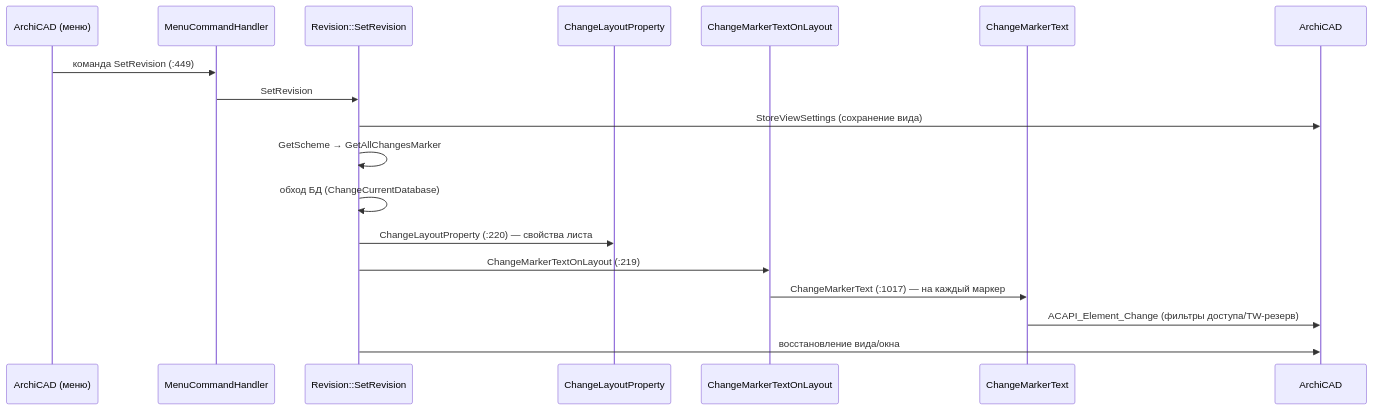
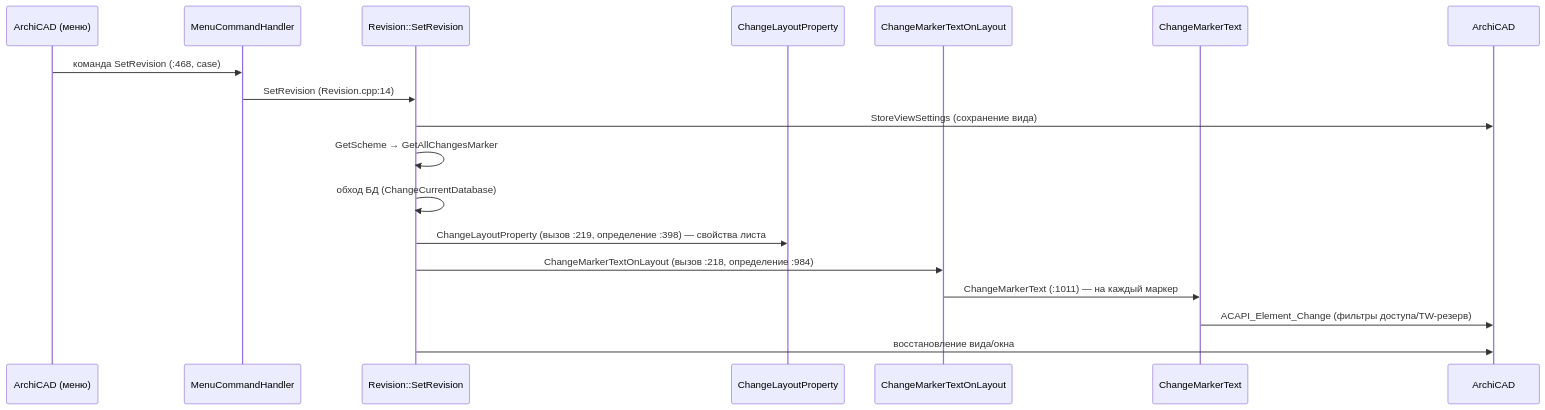
One commit to kuvbur/AddOn_SomeStuff changed the eighth of 11 diagrams in Docs/SEQUENCES.md. Above: the diagram before and after it, drawn with Mermaid. The commit also changed other lines of this file and 122 other files, not shown here.

````diff
--- a/Docs/SEQUENCES.md
+++ b/Docs/SEQUENCES.md
@@ -174,21 +178,21 @@
 ```mermaid
 sequenceDiagram
     participant UI as ArchiCAD (меню)
     participant Main as MenuCommandHandler
     participant SR as Revision::SetRevision
     participant CLP as ChangeLayoutProperty
     participant CMT as ChangeMarkerTextOnLayout
     participant CMT1 as ChangeMarkerText
     participant AC as ArchiCAD
 
-    UI->>Main: команда SetRevision (:449)
-    Main->>SR: SetRevision
+    UI->>Main: команда SetRevision (:468, case)
+    Main->>SR: SetRevision (Revision.cpp:14)
     SR->>AC: StoreViewSettings (сохранение вида)
     SR->>SR: GetScheme → GetAllChangesMarker
     SR->>SR: обход БД (ChangeCurrentDatabase)
-    SR->>CLP: ChangeLayoutProperty (:220) — свойства листа
-    SR->>CMT: ChangeMarkerTextOnLayout (:219)
-    CMT->>CMT1: ChangeMarkerText (:1017) — на каждый маркер
+    SR->>CLP: ChangeLayoutProperty (вызов :219, определение :398) — свойства листа
+    SR->>CMT: ChangeMarkerTextOnLayout (вызов :218, определение :984)
+    CMT->>CMT1: ChangeMarkerText (:1011) — на каждый маркер
     CMT1->>AC: ACAPI_Element_Change (фильтры доступа/TW-резерв)
     SR->>AC: восстановление вида/окна
 ```
````
